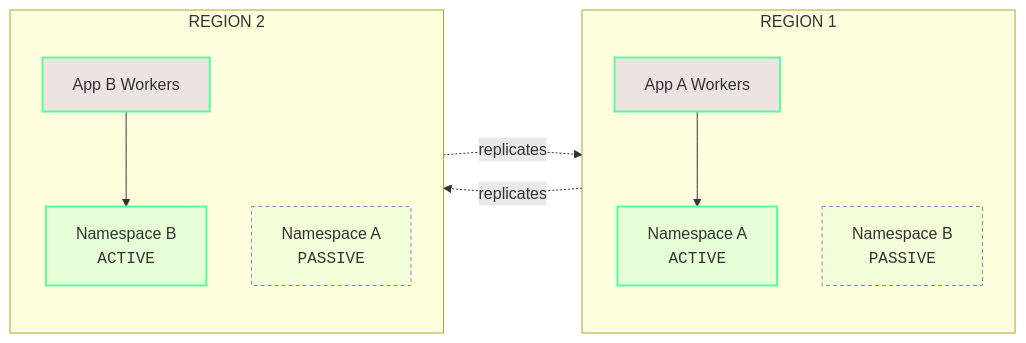
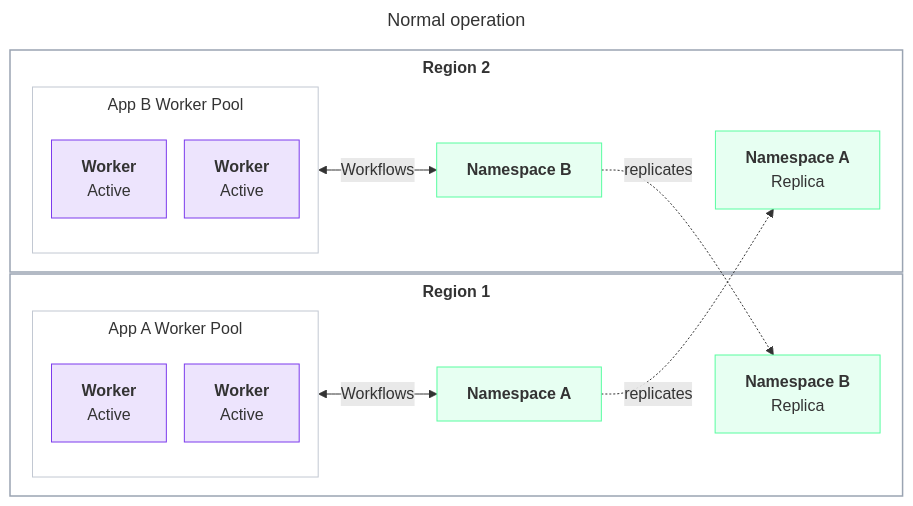
Before and after one commit to temporalio/documentation: diagram 13 of 14 in docs/cloud/high-availability/deployment-patterns.mdx, drawn with Mermaid. The commit also changed other lines of this file and 3 other files, not shown here.

````diff
--- a/docs/cloud/high-availability/deployment-patterns.mdx
+++ b/docs/cloud/high-availability/deployment-patterns.mdx
@@ -356,23 +610,33 @@
 ```mermaid
-%%{init: {'themeVariables':{'fontFamily':'Inter, ui-sans-serif, system-ui, sans-serif'},'flowchart':{'nodeSpacing':45,'rankSpacing':70,'curve':'basis'}}}%%
+---
+title: Normal operation
+---
+%%{init: {'themeVariables':{'fontFamily':'Inter, ui-sans-serif, system-ui, sans-serif'},'flowchart':{'nodeSpacing':18,'rankSpacing':45,'curve':'basis','subGraphTitleMargin':{'top':6,'bottom':12}}}}%%
 flowchart LR
-  classDef tcloud fill:#59FDA024,stroke:#59FDA0,stroke-width:2px;
-  classDef tpassive fill:#59FDA012,stroke:#7C8FB1,stroke-width:1px,stroke-dasharray:4 3;
-  classDef wactive fill:#7C3AED22,stroke:#59FDA0,stroke-width:2px;
-  subgraph R1["REGION 1"]
-    direction TB
-    WA["App A Workers"]:::wactive
-    NAa["Namespace A<br/><samp>ACTIVE</samp>"]:::tcloud
-    NBp["Namespace B<br/><samp>PASSIVE</samp>"]:::tpassive
-  end
-  subgraph R2["REGION 2"]
-    direction TB
-    WB["App B Workers"]:::wactive
-    NBa["Namespace B<br/><samp>ACTIVE</samp>"]:::tcloud
-    NAp["Namespace A<br/><samp>PASSIVE</samp>"]:::tpassive
-  end
-  WA --> NAa
-  WB --> NBa
-  NAa -. replicates .-> NAp
-  NBa -. replicates .-> NBp
+    classDef worker fill:#7C3AED22,stroke:#7C3AED,stroke-width:1px;
+    classDef ns fill:#59FDA024,stroke:#59FDA0,stroke-width:1px;
+    classDef region fill:transparent,stroke:#9aa4b2,stroke-width:1.5px;
+    classDef pool fill:transparent,stroke:#c2c8d2,stroke-width:1px;
+    subgraph DUNR1["<b>Region 1</b>"]
+      subgraph DUNWPA["App A Worker Pool"]
+        DUNA1["<b>Worker</b><br/>Active"]:::worker
+        DUNA2["<b>Worker</b><br/>Active"]:::worker
+      end
+      DUNNAa["<b>Namespace A</b>"]:::ns
+      DUNNBp["<b>Namespace B</b><br/>Replica"]:::ns
+      DUNWPA <-->|Workflows| DUNNAa
+    end
+    subgraph DUNR2["<b>Region 2</b>"]
+      subgraph DUNWPB["App B Worker Pool"]
+        DUNB1["<b>Worker</b><br/>Active"]:::worker
+        DUNB2["<b>Worker</b><br/>Active"]:::worker
+      end
+      DUNNBa["<b>Namespace B</b>"]:::ns
+      DUNNAp["<b>Namespace A</b><br/>Replica"]:::ns
+      DUNWPB <-->|Workflows| DUNNBa
+    end
+    DUNNAa -. replicates .-> DUNNAp
+    DUNNBa -. replicates .-> DUNNBp
+    class DUNR1,DUNR2 region
+    class DUNWPA,DUNWPB pool
 ```
````
